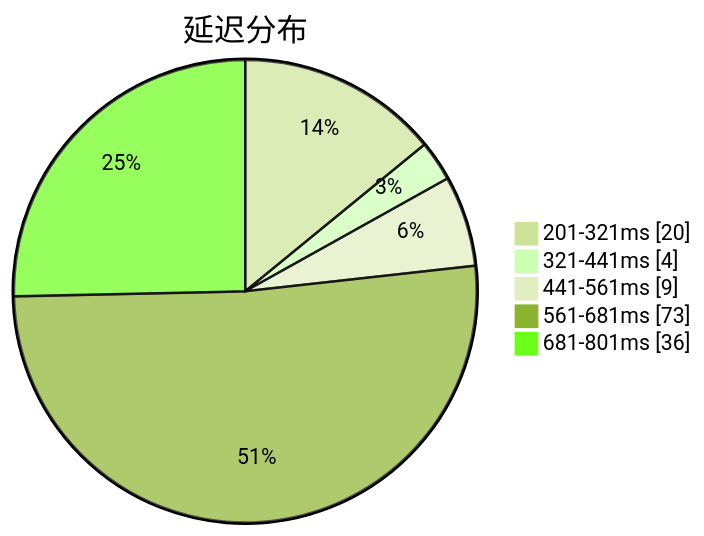
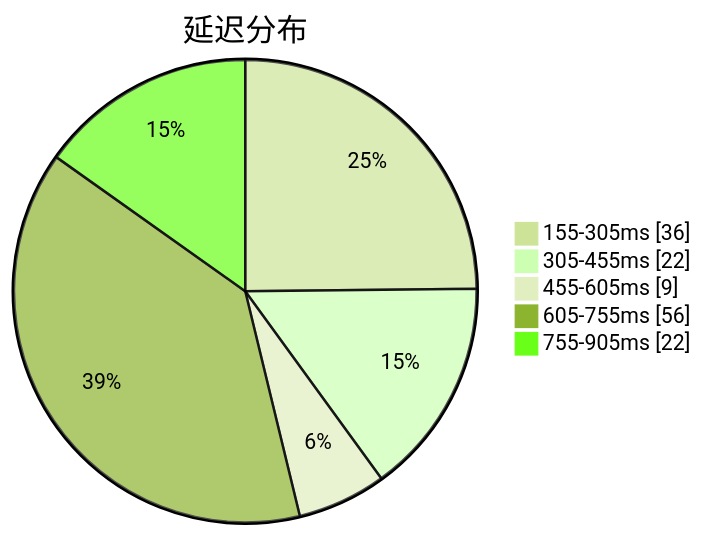
Before and after one commit to qjlxg/airport: the first of 3 diagrams in subs/statistics/tested_within.md, drawn with Mermaid (forest theme). The commit also changed other lines of this file and 2 other files, not shown here.

````diff
--- a/subs/statistics/tested_within.md
+++ b/subs/statistics/tested_within.md
@@ -2,9 +2,9 @@
 ```mermaid
 pie showData
 title 延迟分布
-"201-321ms" : 20
-"321-441ms" : 4
-"441-561ms" : 9
-"561-681ms" : 73
-"681-801ms" : 36
+"155-305ms" : 36
+"305-455ms" : 22
+"455-605ms" : 9
+"605-755ms" : 56
+"755-905ms" : 22
 ```
````
